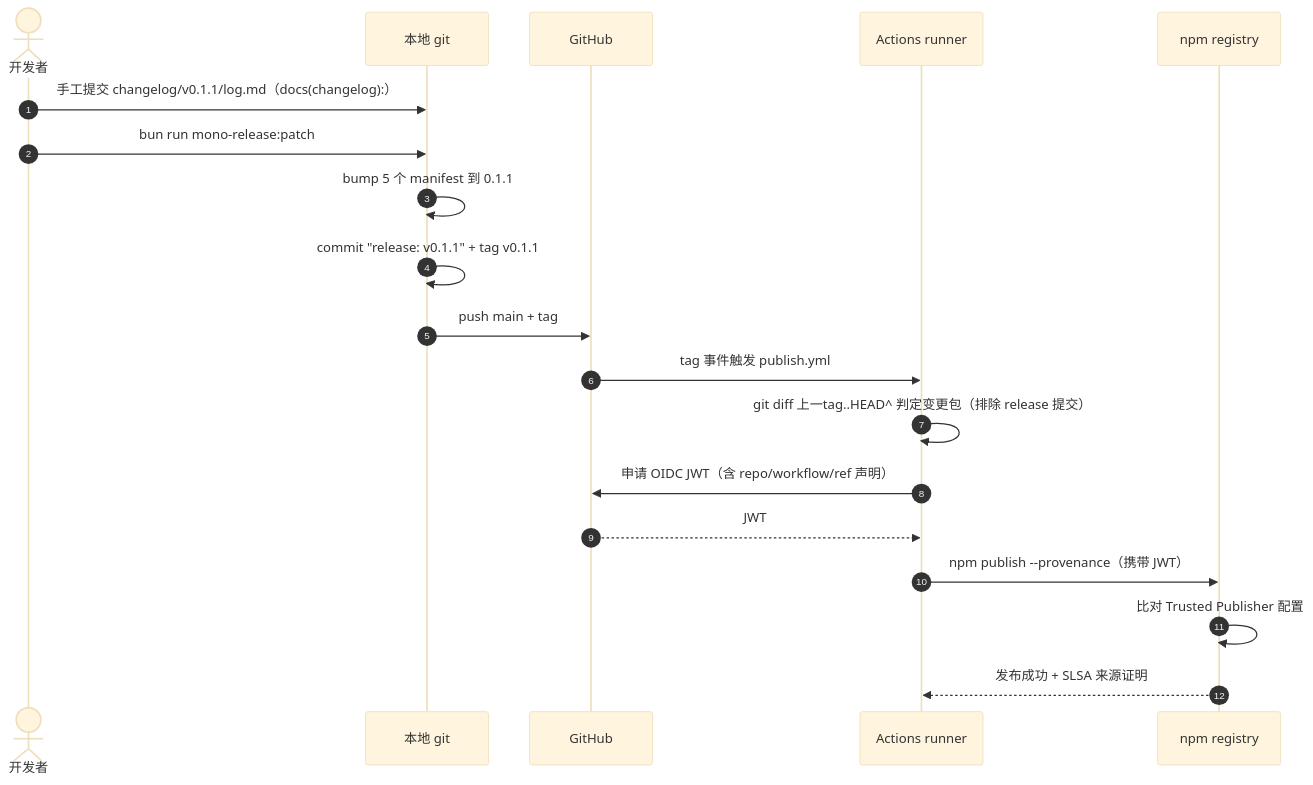
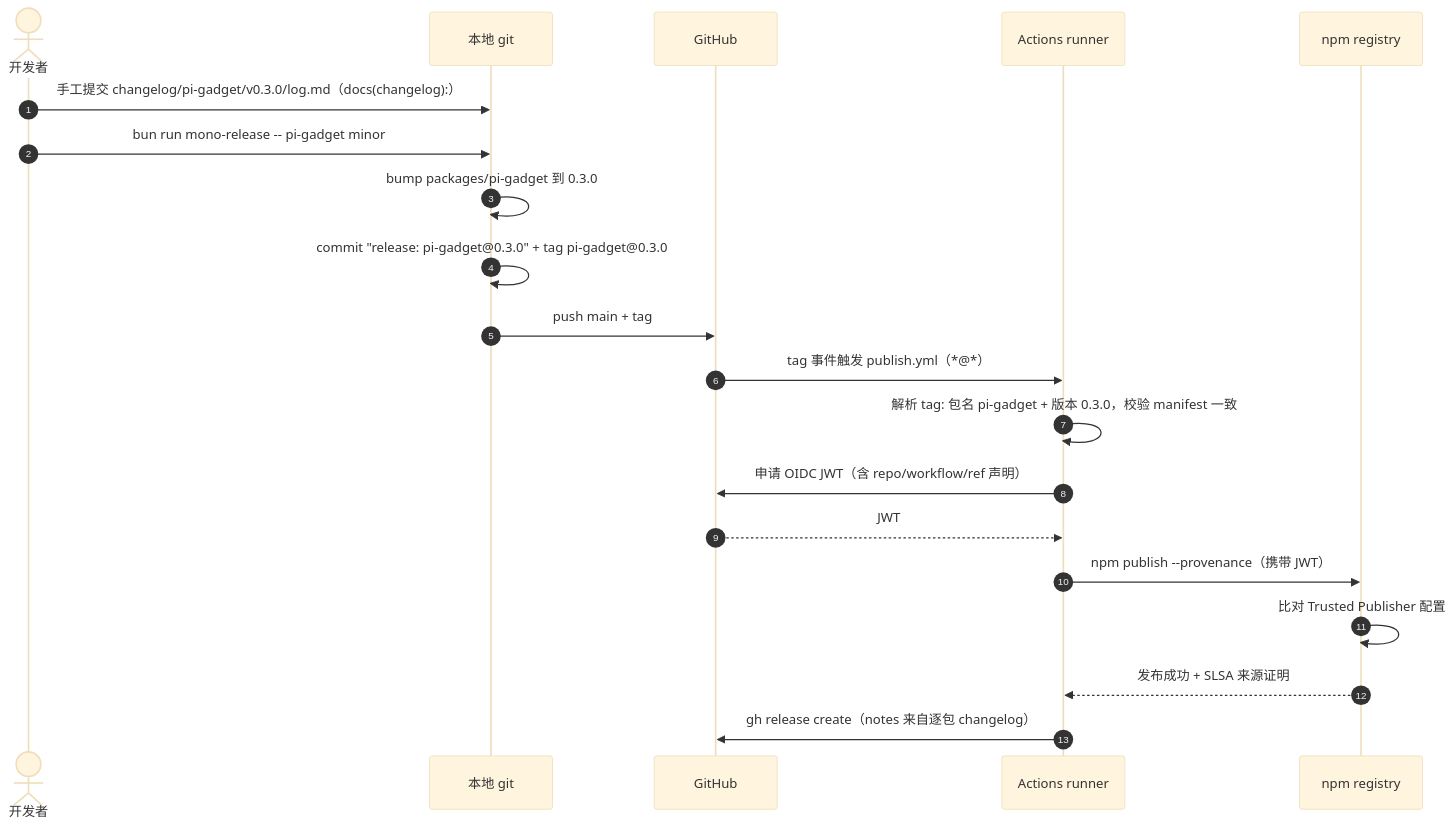
Before and after one commit to yceachan/ea-pi-extensions: the second of 2 diagrams in docs/发行版本控制策略.md, drawn with Mermaid (base theme). The commit also changed other lines of this file and 14 other files, not shown here.

````diff
--- a/docs/发行版本控制策略.md
+++ b/docs/发行版本控制策略.md
@@ -112,22 +136,23 @@
 ```mermaid
 sequenceDiagram
   autonumber
   actor Dev as 开发者
   participant Local as 本地 git
   participant GH as GitHub
   participant CI as Actions runner
   participant NPM as npm registry
 
-  Dev->>Local: 手工提交 changelog/v0.1.1/log.md（docs(changelog):）
-  Dev->>Local: bun run mono-release:patch
-  Local->>Local: bump 5 个 manifest 到 0.1.1
-  Local->>Local: commit "release: v0.1.1" + tag v0.1.1
+  Dev->>Local: 手工提交 changelog/pi-gadget/v0.3.0/log.md（docs(changelog):）
+  Dev->>Local: bun run mono-release -- pi-gadget minor
+  Local->>Local: bump packages/pi-gadget 到 0.3.0
+  Local->>Local: commit "release: pi-gadget@0.3.0" + tag pi-gadget@0.3.0
   Local->>GH: push main + tag
-  GH->>CI: tag 事件触发 publish.yml
-  CI->>CI: git diff 上一tag..HEAD^ 判定变更包（排除 release 提交）
+  GH->>CI: tag 事件触发 publish.yml（*@*）
+  CI->>CI: 解析 tag: 包名 pi-gadget + 版本 0.3.0，校验 manifest 一致
   CI->>GH: 申请 OIDC JWT（含 repo/workflow/ref 声明）
   GH-->>CI: JWT
   CI->>NPM: npm publish --provenance（携带 JWT）
   NPM->>NPM: 比对 Trusted Publisher 配置
   NPM-->>CI: 发布成功 + SLSA 来源证明
+  CI->>GH: gh release create（notes 来自逐包 changelog）
 ```
````
